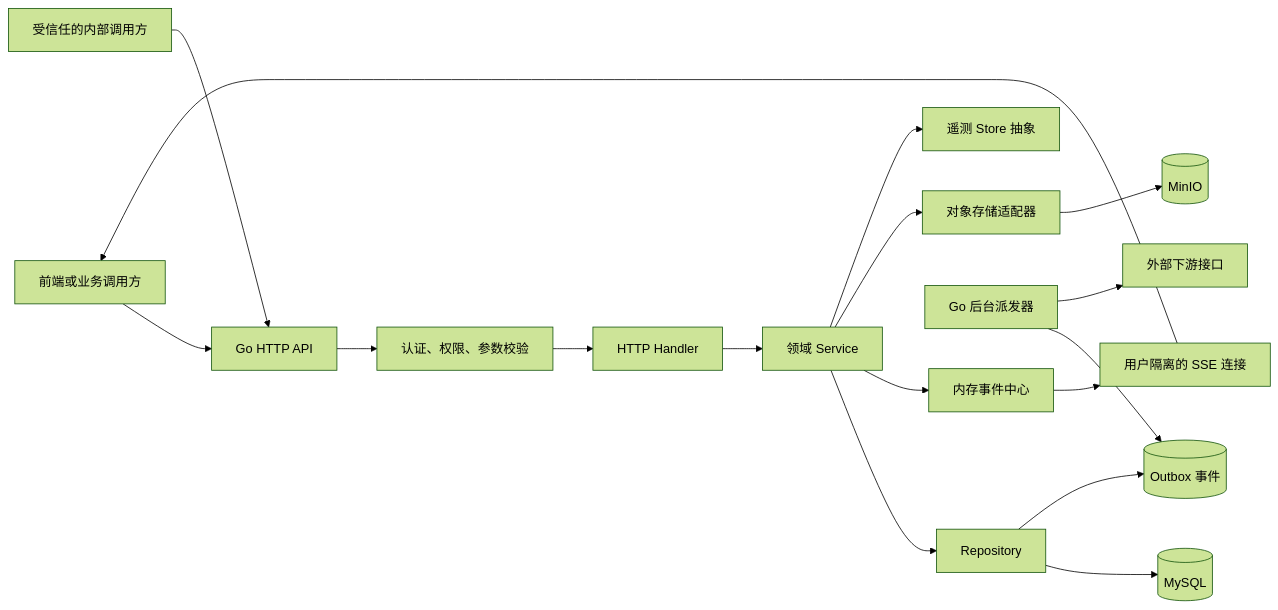
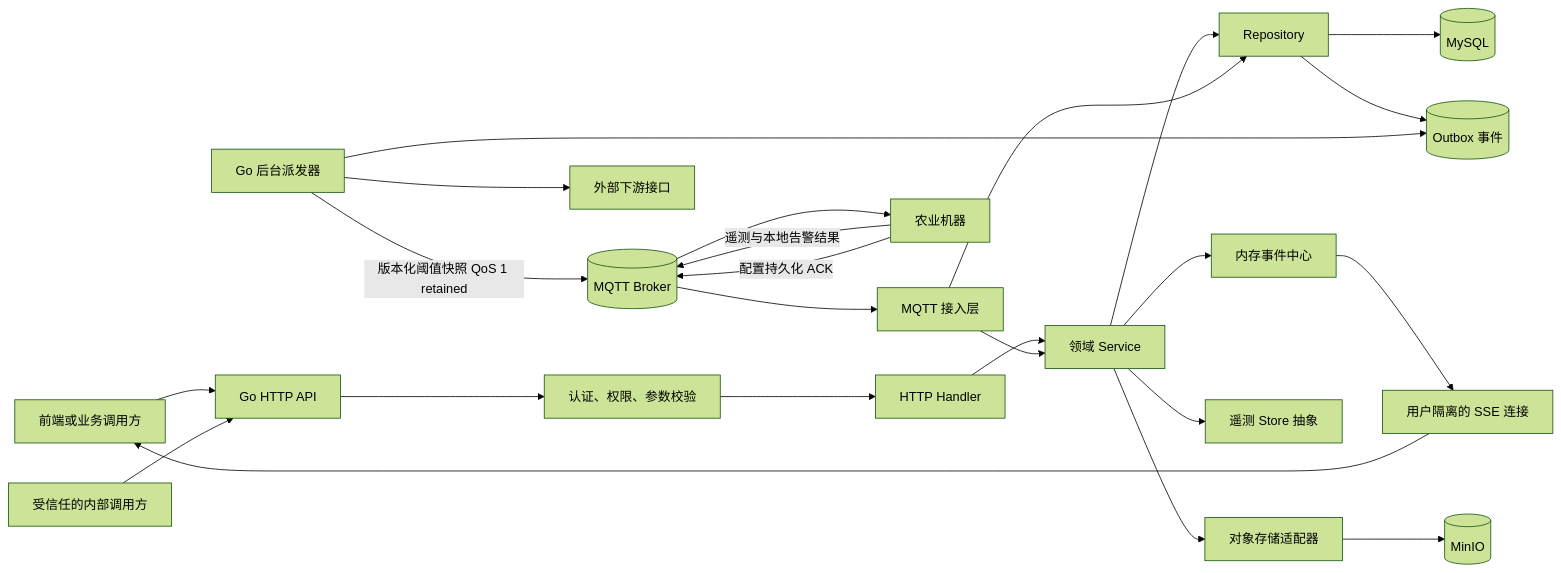
One commit to chenluuo/smart-project changed the diagram in docs/Go服务整体架构与核心流程.md. Above: the diagram before and after it, drawn with Mermaid (forest theme). The commit also changed other lines of this file and 28 other files, not shown here.

````diff
--- a/docs/Go服务整体架构与核心流程.md
+++ b/docs/Go服务整体架构与核心流程.md
@@ -22,24 +22,32 @@
 ```mermaid
 flowchart LR
     Client["前端或业务调用方"] --> HTTP["Go HTTP API"]
     Internal["受信任的内部调用方"] --> HTTP
 
     HTTP --> Middleware["认证、权限、参数校验"]
     Middleware --> Handler["HTTP Handler"]
     Handler --> Service["领域 Service"]
     Service --> Repository["Repository"]
     Repository --> MySQL[("MySQL")]
 
     Service --> Broker["内存事件中心"]
     Broker --> SSE["用户隔离的 SSE 连接"]
     SSE --> Client
 
     Service --> ObjectStore["对象存储适配器"]
     ObjectStore --> MinIO[("MinIO")]
 
     Repository --> Outbox[("Outbox 事件")]
     Worker["Go 后台派发器"] --> Outbox
     Worker --> Downstream["外部下游接口"]
 
+    Machine["农业机器"] -->|"遥测与本地告警结果"| MQTT[("MQTT Broker")]
+    MQTT --> MQTTClient["MQTT 接入层"]
+    MQTTClient --> Service
+    Worker -->|"版本化阈值快照 QoS 1 retained"| MQTT
+    MQTT --> Machine
+    Machine -->|"配置持久化 ACK"| MQTT
+    MQTTClient --> Repository
+
     Service --> TelemetryStore["遥测 Store 抽象"]
 ```
````
